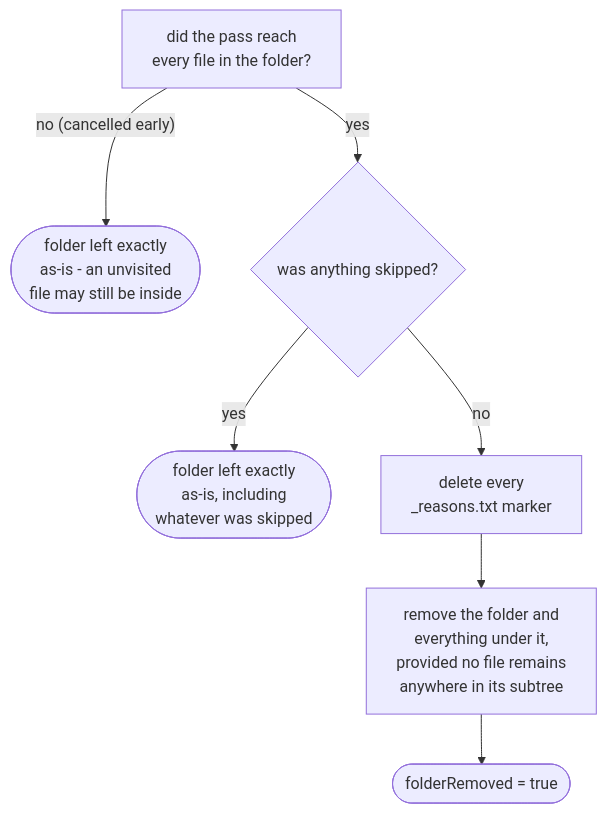
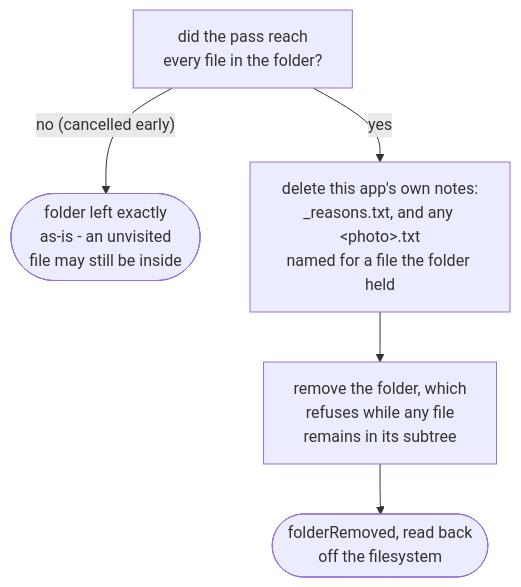
One commit to AdrianNachev91/sluice changed the fourth of 4 diagrams in app/docs/design/application/service/rescue-engine.md. Above: the diagram before and after it, drawn with Mermaid. The commit also changed other lines of this file and 83 other files, not shown here.

````diff
--- a/app/docs/design/application/service/rescue-engine.md
+++ b/app/docs/design/application/service/rescue-engine.md
@@ -68,9 +131,7 @@
 ```mermaid
 flowchart TD
     A["did the pass reach<br/>every file in the folder?"] -- "no (cancelled early)" --> Z(["folder left exactly<br/>as-is - an unvisited<br/>file may still be inside"])
-    A -- yes --> B{"was anything skipped?"}
-    B -- yes --> C(["folder left exactly<br/>as-is, including<br/>whatever was skipped"])
-    B -- no --> D["delete every<br/>_reasons.txt marker"]
-    D --> E["remove the folder and<br/>everything under it,<br/>provided no file remains<br/>anywhere in its subtree"]
-    E --> F(["folderRemoved = true"])
+    A -- yes --> D["delete this app's own notes:<br/>_reasons.txt, and any &lt;photo&gt;.txt<br/>named for a file the folder held"]
+    D --> E["remove the folder, which<br/>refuses while any file<br/>remains in its subtree"]
+    E --> F(["folderRemoved, read back<br/>off the filesystem"])
 ```
````
